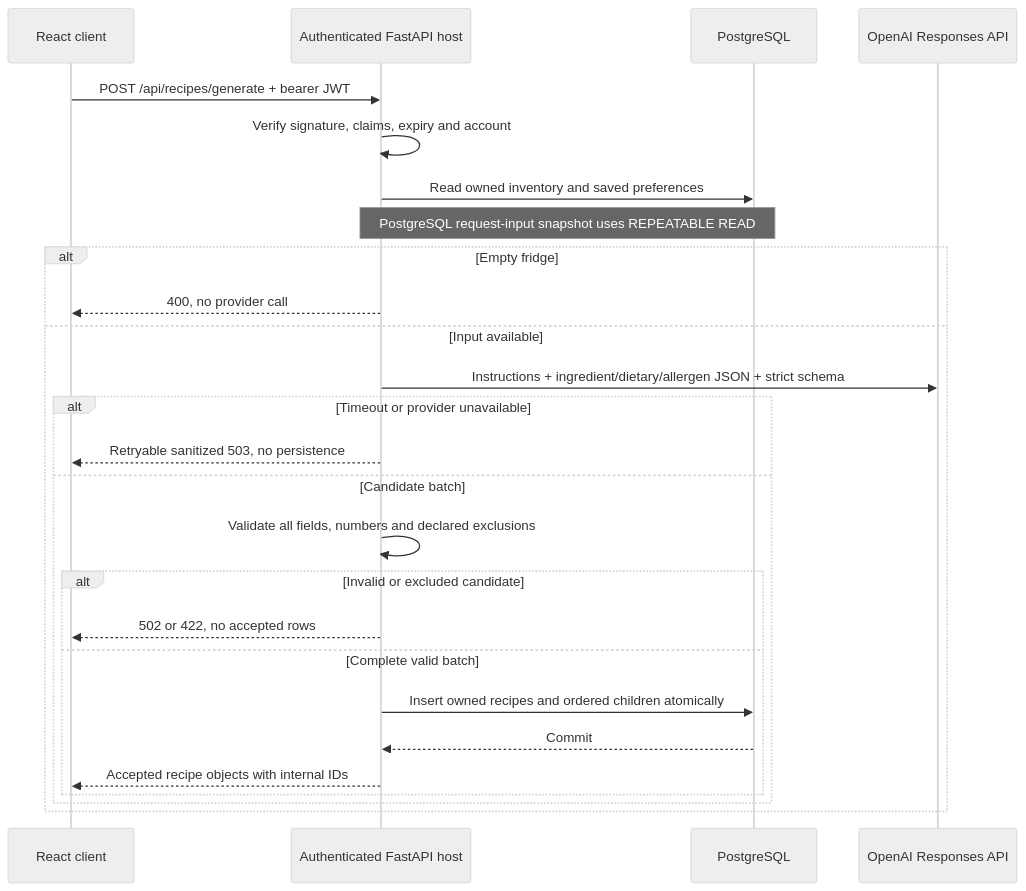
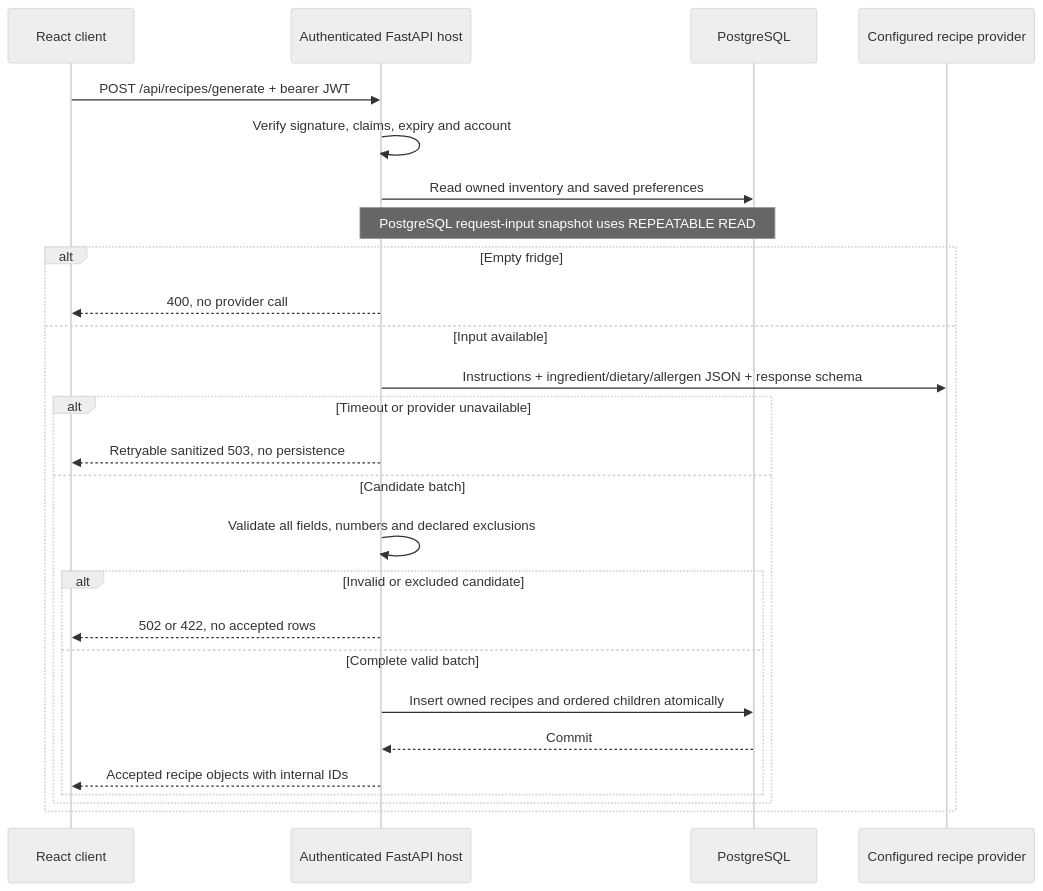
The second of 2 diagrams in docs/ai-pipeline.md (SarpCizer/CMPE331-Project), drawn with Mermaid (neutral theme) before and after one commit. The commit also changed other lines of this file and 7 other files, not shown here.

First line of the commit message:
feat: add Cloudflare Workers AI recipe provider

````diff
--- a/docs/ai-pipeline.md
+++ b/docs/ai-pipeline.md
@@ -20,28 +20,28 @@
 ```mermaid
 sequenceDiagram
   participant UI as React client
   participant API as Authenticated FastAPI host
   participant DB as PostgreSQL
-  participant AI as OpenAI Responses API
+  participant AI as Configured recipe provider
   UI->>API: POST /api/recipes/generate + bearer JWT
   API->>API: Verify signature, claims, expiry and account
   API->>DB: Read owned inventory and saved preferences
   Note over API,DB: PostgreSQL request-input snapshot uses REPEATABLE READ
   alt Empty fridge
     API-->>UI: 400, no provider call
   else Input available
-    API->>AI: Instructions + ingredient/dietary/allergen JSON + strict schema
+    API->>AI: Instructions + ingredient/dietary/allergen JSON + response schema
     alt Timeout or provider unavailable
       API-->>UI: Retryable sanitized 503, no persistence
     else Candidate batch
       API->>API: Validate all fields, numbers and declared exclusions
       alt Invalid or excluded candidate
         API-->>UI: 502 or 422, no accepted rows
       else Complete valid batch
         API->>DB: Insert owned recipes and ordered children atomically
         DB-->>API: Commit
         API-->>UI: Accepted recipe objects with internal IDs
       end
     end
   end
 ```
````
